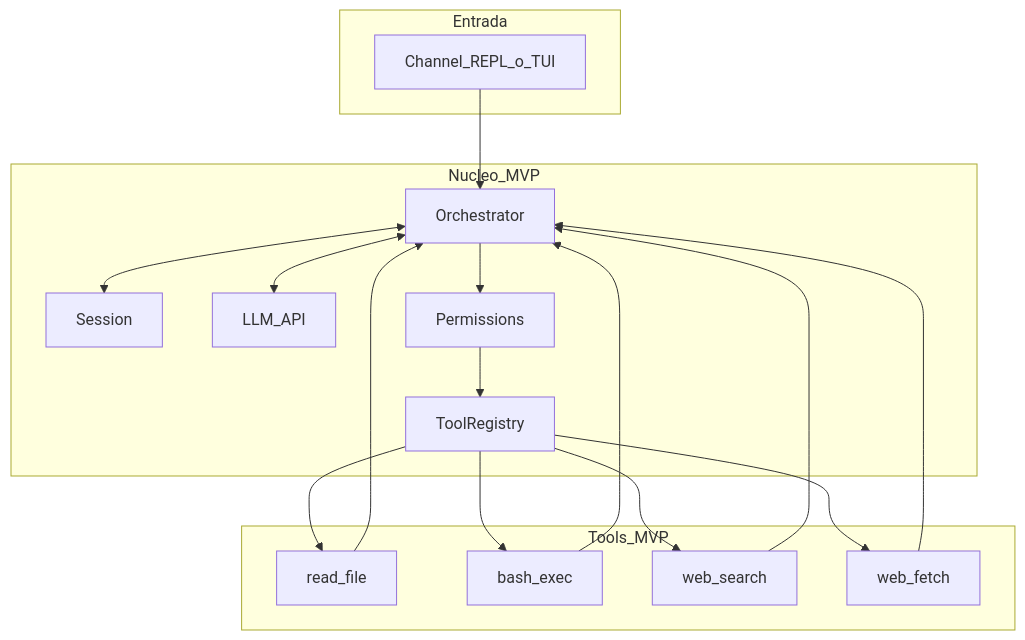
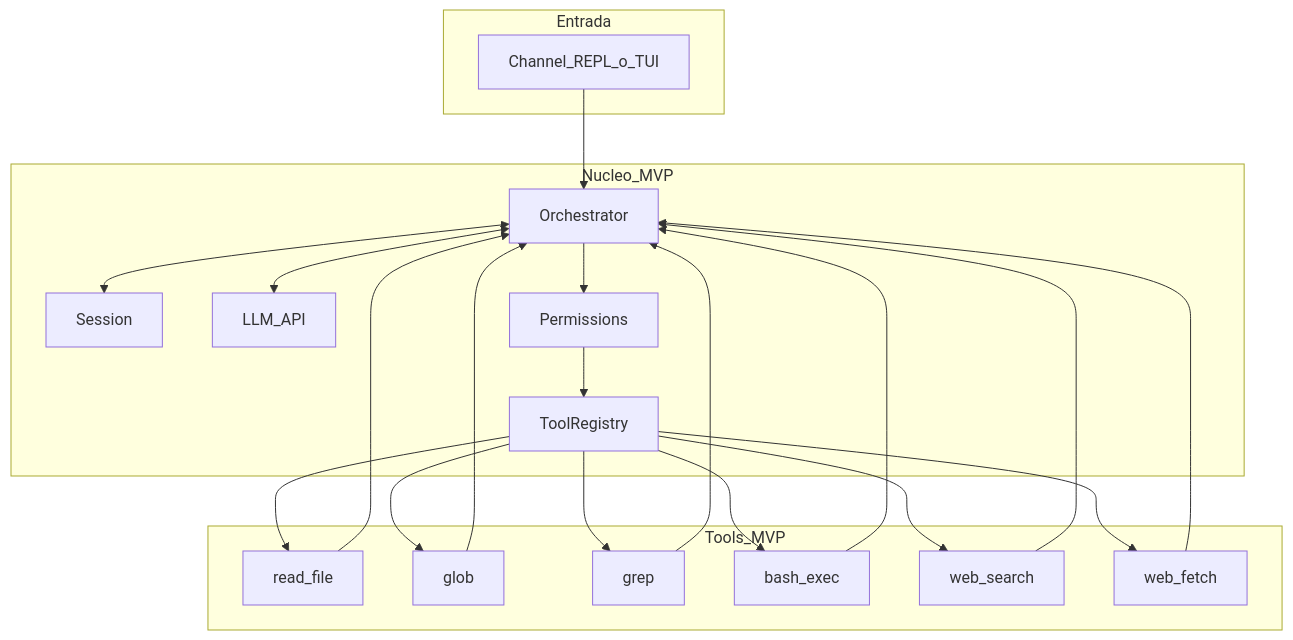
One commit to okuzpe/go-code changed the first of 2 diagrams in ARCHITECTURE.md. Above: the diagram before and after it, drawn with Mermaid. The commit also changed other lines of this file and 103 other files, not shown here.

````diff
--- a/ARCHITECTURE.md
+++ b/ARCHITECTURE.md
@@ -372,32 +372,38 @@
 ```mermaid
 flowchart TB
   subgraph in [Entrada]
     Ch[Channel_REPL_o_TUI]
   end
   subgraph core [Nucleo_MVP]
     O[Orchestrator]
     Se[Session]
     L[LLM_API]
     P[Permissions]
     R[ToolRegistry]
   end
   subgraph t [Tools_MVP]
     Read[read_file]
+    Glob[glob]
+    Grep[grep]
     Bash[bash_exec]
     WS[web_search]
     WF[web_fetch]
   end
   Ch --> O
   O <--> Se
   O <--> L
   O --> P
   P --> R
   R --> Read
+  R --> Glob
+  R --> Grep
   R --> Bash
   R --> WS
   R --> WF
   Read --> O
+  Glob --> O
+  Grep --> O
   Bash --> O
   WS --> O
   WF --> O
 ```
````
